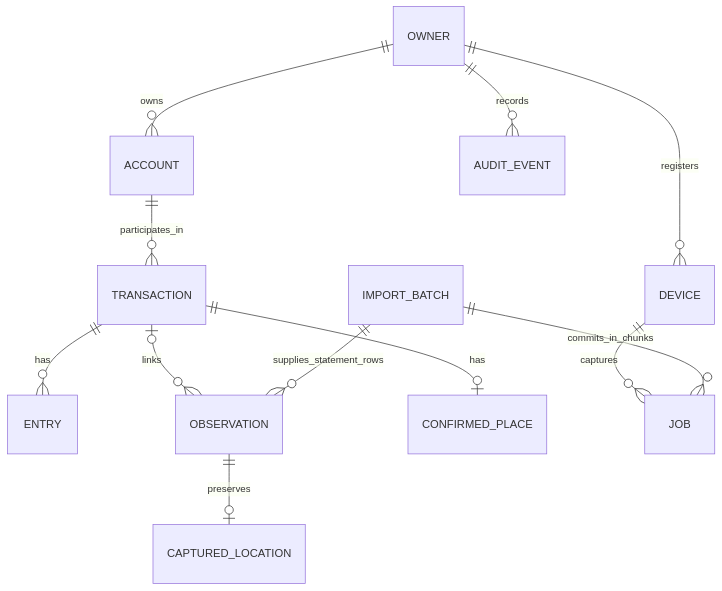
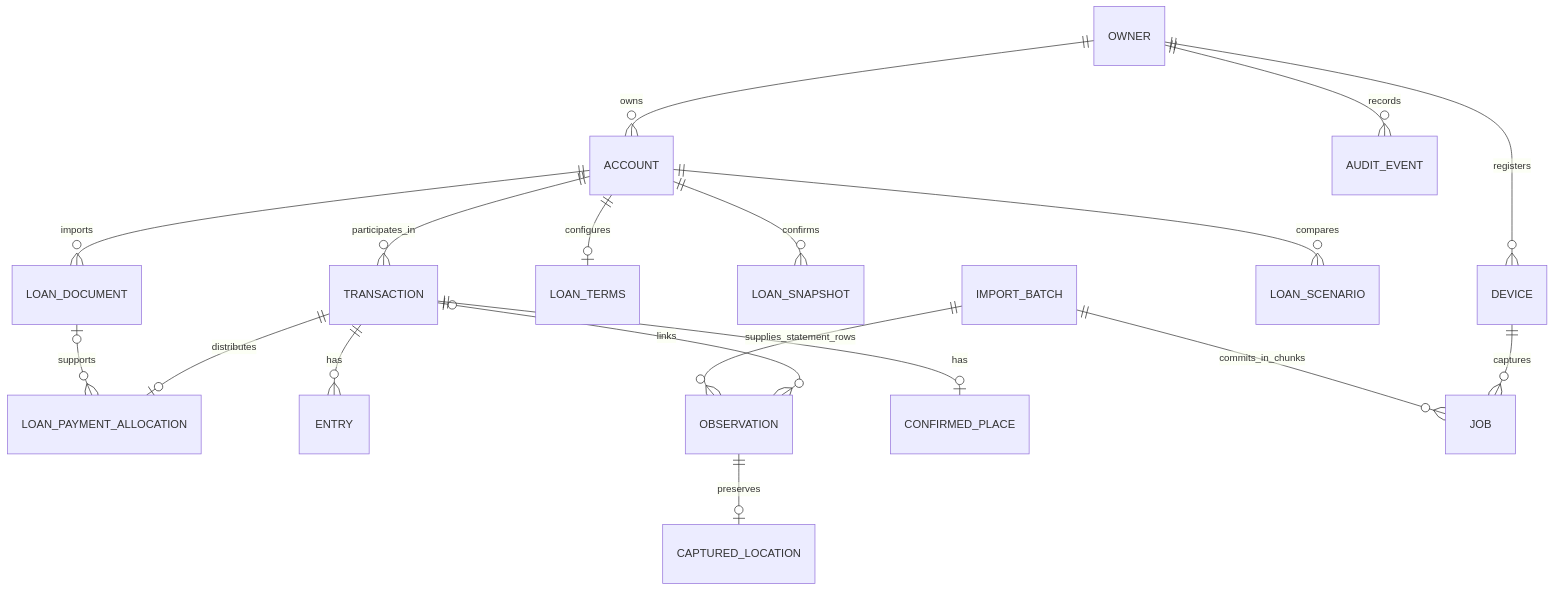
Before and after one commit to Xaviz10/money-stalker: the fifth of 5 diagrams in ARCHITECTURE.md, drawn with Mermaid. The commit also changed other lines of this file and 34 other files, not shown here.

````diff
--- a/ARCHITECTURE.md
+++ b/ARCHITECTURE.md
@@ -157,14 +183,20 @@
 ```mermaid
 erDiagram
   OWNER ||--o{ ACCOUNT : owns
   OWNER ||--o{ DEVICE : registers
   ACCOUNT ||--o{ TRANSACTION : participates_in
+  ACCOUNT ||--o| LOAN_TERMS : configures
+  ACCOUNT ||--o{ LOAN_SNAPSHOT : confirms
+  ACCOUNT ||--o{ LOAN_DOCUMENT : imports
+  ACCOUNT ||--o{ LOAN_SCENARIO : compares
+  TRANSACTION ||--o| LOAN_PAYMENT_ALLOCATION : distributes
+  LOAN_DOCUMENT o|--o{ LOAN_PAYMENT_ALLOCATION : supports
   TRANSACTION ||--o{ ENTRY : has
   TRANSACTION o|--o{ OBSERVATION : links
   OBSERVATION ||--o| CAPTURED_LOCATION : preserves
   TRANSACTION ||--o| CONFIRMED_PLACE : has
   OWNER ||--o{ AUDIT_EVENT : records
   DEVICE ||--o{ JOB : captures
   IMPORT_BATCH ||--o{ JOB : commits_in_chunks
   IMPORT_BATCH ||--o{ OBSERVATION : supplies_statement_rows
 ```
````
